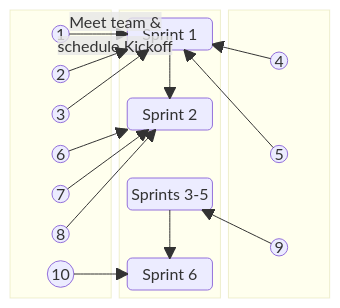
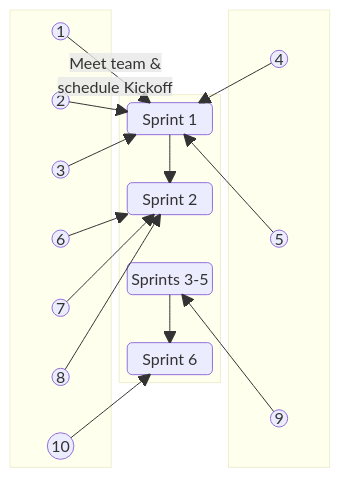
Before and after one commit to jdmedlock/mermaid_testing: the diagram in README.md, drawn with Mermaid.

Commit message:
Feature: Recreate linear sprint diagram

````diff
--- a/README.md
+++ b/README.md
@@ -4,46 +4,54 @@
 ```mermaid
   block-beta
     columns 3
     block:LEFT
       columns 1
       A1(("1"))
+      space
       A2(("2"))
+      space
       A3(("3"))
+      space
       A6(("6"))
+      space
       A7(("7"))
+      space
       A8(("8"))
+      space
       A10(("10"))
     end
     
     block:CENTER
       columns 1
       SPRINT1("Sprint 1")
       space
       SPRINT2("Sprint 2")
       space
       SPRINT35("Sprints 3-5")
       space
       SPRINT6("Sprint 6")
     end
     
     block:RIGHT
       columns 1
       A4(("4"))
+      space
       A5(("5"))
+      space
       A9(("9"))
     end
 
     SPRINT1 --> SPRINT2
     SPRINT35 --> SPRINT6
 
     A1 -- "Meet team &</br>schedule Kickoff" --> SPRINT1
     A2 ----> SPRINT1
     A3 ----> SPRINT1
     A4 ----> SPRINT1
     A5 ----> SPRINT1
     A6 ----> SPRINT2
     A7 ----> SPRINT2
     A8 ----> SPRINT2
     A9 ----> SPRINT35
     A10 ----> SPRINT6
 ```
````
